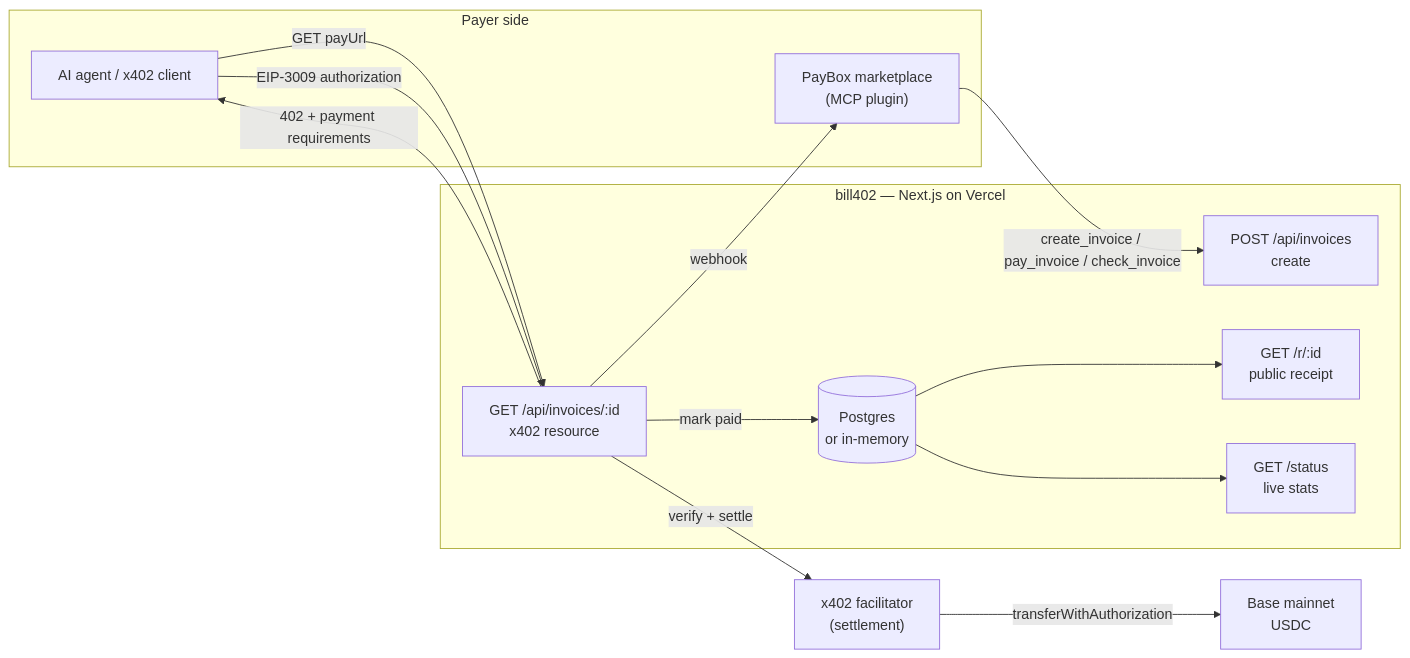
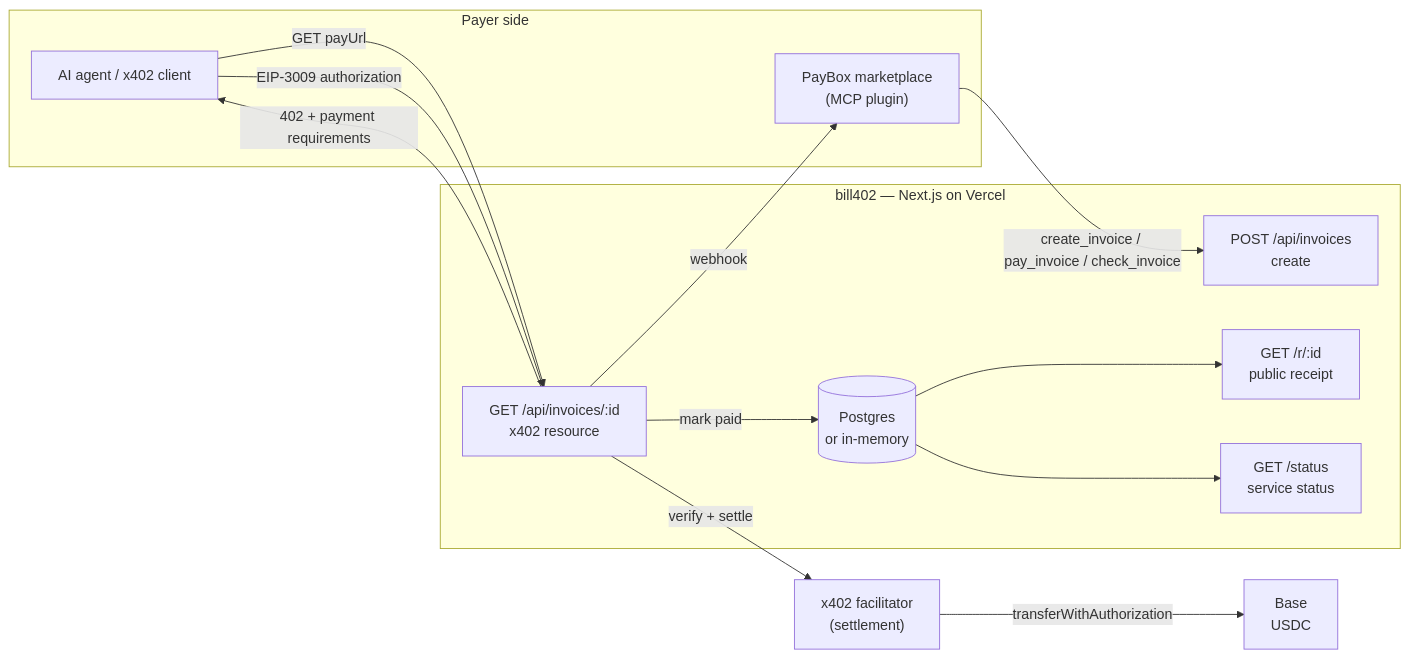
The first of 2 diagrams in README.md (thesithunyein/bill402), drawn with Mermaid before and after one commit. The commit also changed other lines of this file and 15 other files, not shown here.

````diff
--- a/README.md
+++ b/README.md
@@ -46,29 +58,29 @@
 ```mermaid
 flowchart LR
   subgraph Client["Payer side"]
     A["AI agent / x402 client"]
     P["PayBox marketplace<br/>(MCP plugin)"]
   end
 
   subgraph Service["bill402 — Next.js on Vercel"]
     API["POST /api/invoices<br/>create"]
     RES["GET /api/invoices/:id<br/>x402 resource"]
     REC["GET /r/:id<br/>public receipt"]
-    ST["GET /status<br/>live stats"]
+    ST["GET /status<br/>service status"]
     STORE[("Postgres<br/>or in-memory")]
   end
 
   F["x402 facilitator<br/>(settlement)"]
-  CH["Base mainnet<br/>USDC"]
+  CH["Base<br/>USDC"]
 
   A -->|"GET payUrl"| RES
   RES -->|"402 + payment requirements"| A
   A -->|"EIP-3009 authorization"| RES
   RES -->|"verify + settle"| F
   F -->|"transferWithAuthorization"| CH
   RES -->|"mark paid"| STORE
   RES -->|"webhook"| P
   P -->|"create_invoice / pay_invoice / check_invoice"| API
   STORE --> REC
   STORE --> ST
 ```
````
